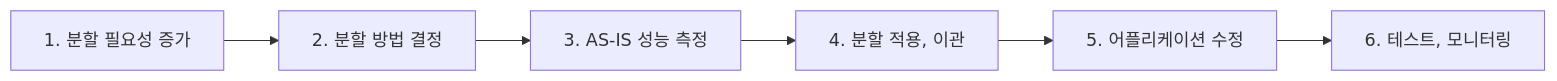
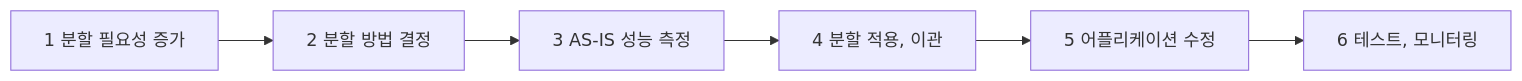
The second of 2 diagrams in blog/pe/db/sharding-partitioning.md (gracefullight/gracefullight.github.io), drawn with Mermaid before and after one commit. The commit also changed other lines of this file, not shown here.

````diff
--- a/blog/pe/db/sharding-partitioning.md
+++ b/blog/pe/db/sharding-partitioning.md
@@ -66,11 +76,11 @@
 ```mermaid
 graph LR
-  필요성증가[1. 분할 필요성 증가]
-  방법결정[2. 분할 방법 결정]
-  AS-IS성능측정[3. AS-IS 성능 측정]
-  분할적용이관[4. 분할 적용, 이관]
-  어플리케이션수정[5. 어플리케이션 수정]
-  테스트모니터링[6. 테스트, 모니터링]
+  필요성증가[1 분할 필요성 증가]
+  방법결정[2 분할 방법 결정]
+  AS-IS성능측정[3 AS-IS 성능 측정]
+  분할적용이관[4 분할 적용, 이관]
+  어플리케이션수정[5 어플리케이션 수정]
+  테스트모니터링[6 테스트, 모니터링]
 
   필요성증가 --> 방법결정 --> AS-IS성능측정 --> 분할적용이관 --> 어플리케이션수정 --> 테스트모니터링
 ```
````
